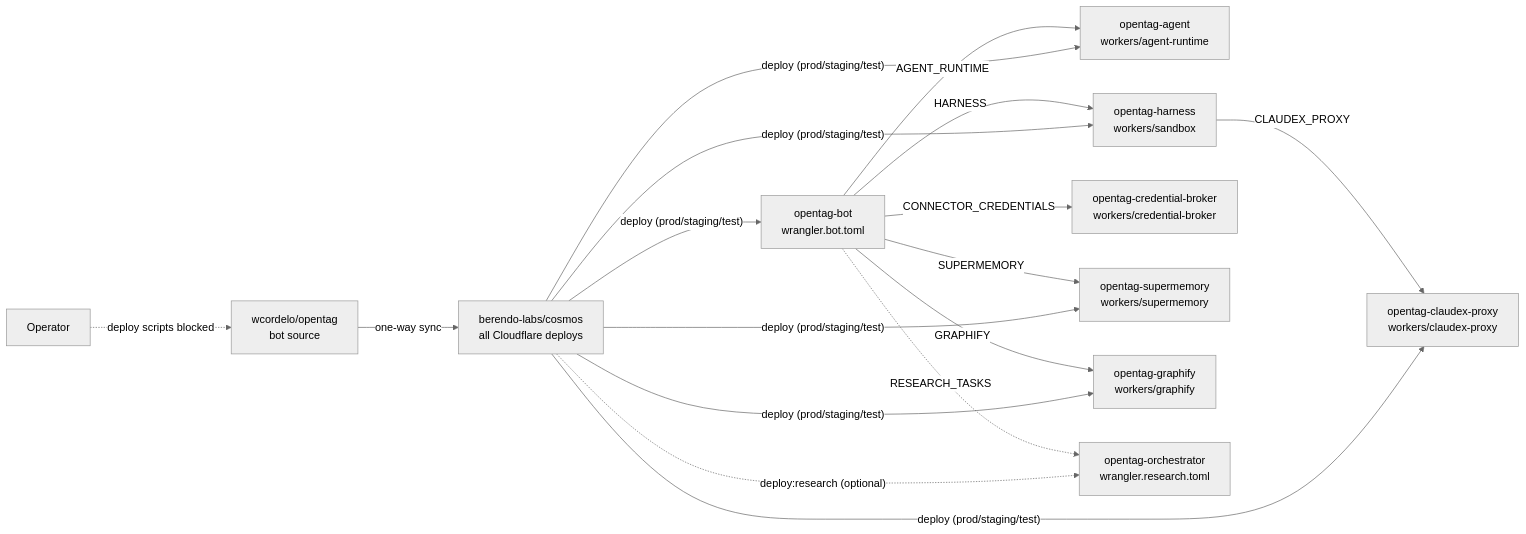
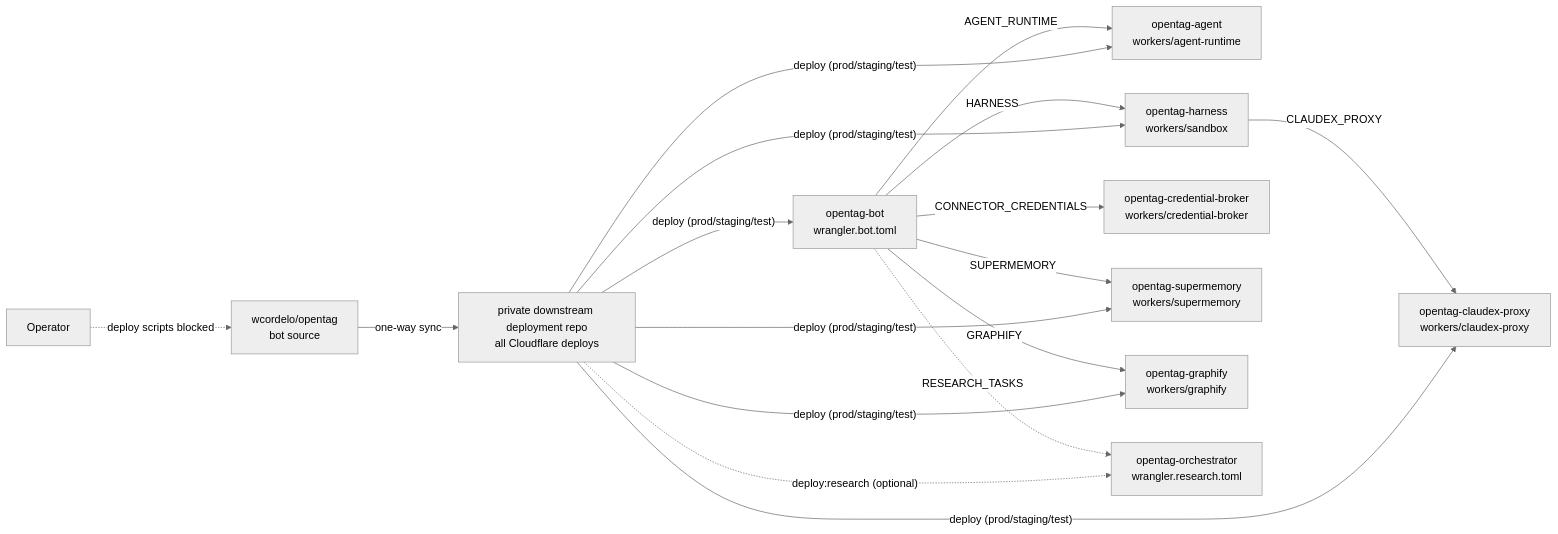
Before and after one commit to wcordelo/opentag: the first of 2 diagrams in docs/operations.md, drawn with Mermaid (neutral theme). The commit also changed other lines of this file and 3 other files, not shown here.

First line of the commit message:
docs/edge: refer to the private downstream deployment repo generically

````diff
--- a/docs/operations.md
+++ b/docs/operations.md
@@ -321,32 +321,32 @@
 ```mermaid
 flowchart LR
     Operator["Operator"]
-    Cosmos["berendo-labs/cosmos<br/>all Cloudflare deploys"]
+    Downstream["private downstream deployment repo<br/>all Cloudflare deploys"]
     Bot["opentag-bot<br/>wrangler.bot.toml"]
     Agent["opentag-agent<br/>workers/agent-runtime"]
     Harness["opentag-harness<br/>workers/sandbox"]
     Claudex["opentag-claudex-proxy<br/>workers/claudex-proxy"]
     Broker["opentag-credential-broker<br/>workers/credential-broker"]
     Supermemory["opentag-supermemory<br/>workers/supermemory"]
     Graphify["opentag-graphify<br/>workers/graphify"]
     Research["opentag-orchestrator<br/>wrangler.research.toml"]
     OpenTag["wcordelo/opentag<br/>bot source"]
 
-    OpenTag -->|"one-way sync"| Cosmos
-    Cosmos -->|"deploy (prod/staging/test)"| Bot
-    Cosmos -->|"deploy (prod/staging/test)"| Agent
-    Cosmos -->|"deploy (prod/staging/test)"| Claudex
-    Cosmos -->|"deploy (prod/staging/test)"| Harness
-    Cosmos -->|"deploy (prod/staging/test)"| Supermemory
-    Cosmos -->|"deploy (prod/staging/test)"| Graphify
-    Cosmos -.->|"deploy:research (optional)"| Research
+    OpenTag -->|"one-way sync"| Downstream
+    Downstream -->|"deploy (prod/staging/test)"| Bot
+    Downstream -->|"deploy (prod/staging/test)"| Agent
+    Downstream -->|"deploy (prod/staging/test)"| Claudex
+    Downstream -->|"deploy (prod/staging/test)"| Harness
+    Downstream -->|"deploy (prod/staging/test)"| Supermemory
+    Downstream -->|"deploy (prod/staging/test)"| Graphify
+    Downstream -.->|"deploy:research (optional)"| Research
     Operator -.->|"deploy scripts blocked"| OpenTag
 
     Bot -->|"AGENT_RUNTIME"| Agent
     Bot -->|"HARNESS"| Harness
     Bot -->|"CONNECTOR_CREDENTIALS"| Broker
     Bot -->|"SUPERMEMORY"| Supermemory
     Bot -->|"GRAPHIFY"| Graphify
     Harness -->|"CLAUDEX_PROXY"| Claudex
     Bot -.->|"RESEARCH_TASKS"| Research
 ```
````
